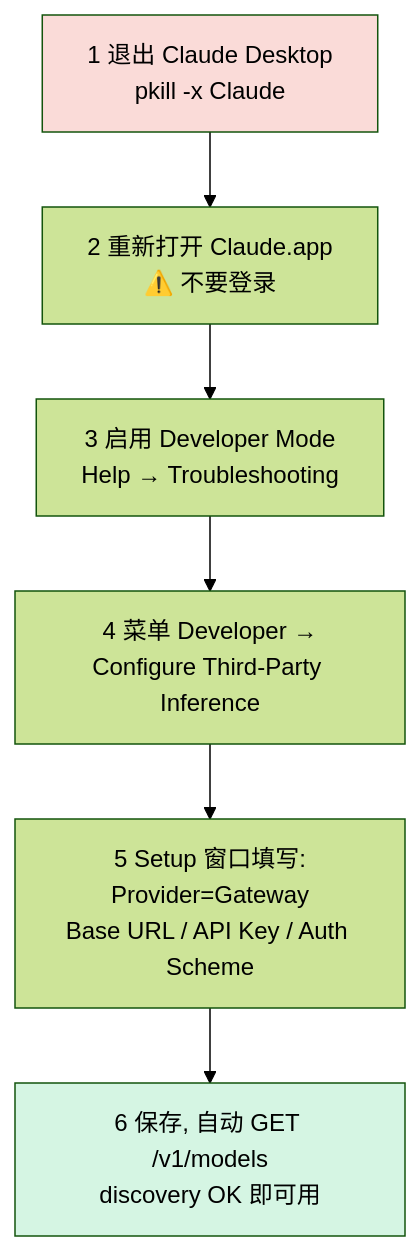
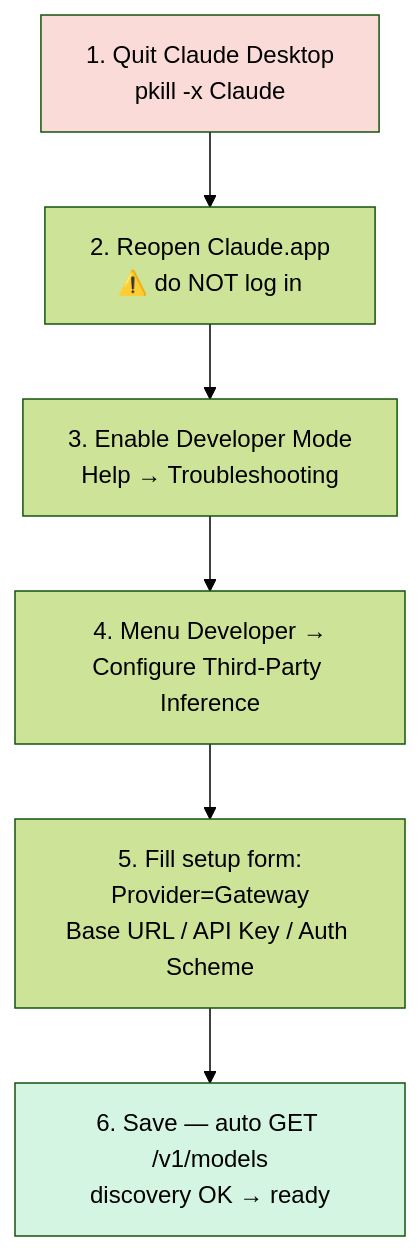
The third of 5 diagrams in posts/2026-05-07-claude-desktop-third-party-inference.md (pengyanai/notebook), drawn with Mermaid (forest theme) before and after one commit. The commit also changed other lines of this file, not shown here.

First line of the commit message:
docs: Claude Desktop 3p 文章 — mermaid 全英化 + 补充官方文档

````diff
--- a/posts/2026-05-07-claude-desktop-third-party-inference.md
+++ b/posts/2026-05-07-claude-desktop-third-party-inference.md
@@ -101,10 +101,10 @@
 ```mermaid
 flowchart TD
-    A[1 退出 Claude Desktop<br/>pkill -x Claude] --> B[2 重新打开 Claude.app<br/>⚠️ 不要登录]
-    B --> C[3 启用 Developer Mode<br/>Help → Troubleshooting]
-    C --> D[4 菜单 Developer →<br/>Configure Third-Party Inference]
-    D --> E[5 Setup 窗口填写:<br/>Provider=Gateway<br/>Base URL / API Key / Auth Scheme]
-    E --> F[6 保存, 自动 GET /v1/models<br/>discovery OK 即可用]
+    A[1. Quit Claude Desktop<br/>pkill -x Claude] --> B[2. Reopen Claude.app<br/>⚠️ do NOT log in]
+    B --> C[3. Enable Developer Mode<br/>Help → Troubleshooting]
+    C --> D[4. Menu Developer →<br/>Configure Third-Party Inference]
+    D --> E[5. Fill setup form:<br/>Provider=Gateway<br/>Base URL / API Key / Auth Scheme]
+    E --> F[6. Save — auto GET /v1/models<br/>discovery OK → ready]
     style A fill:#fadbd8
     style F fill:#d5f5e3
 ```
````
